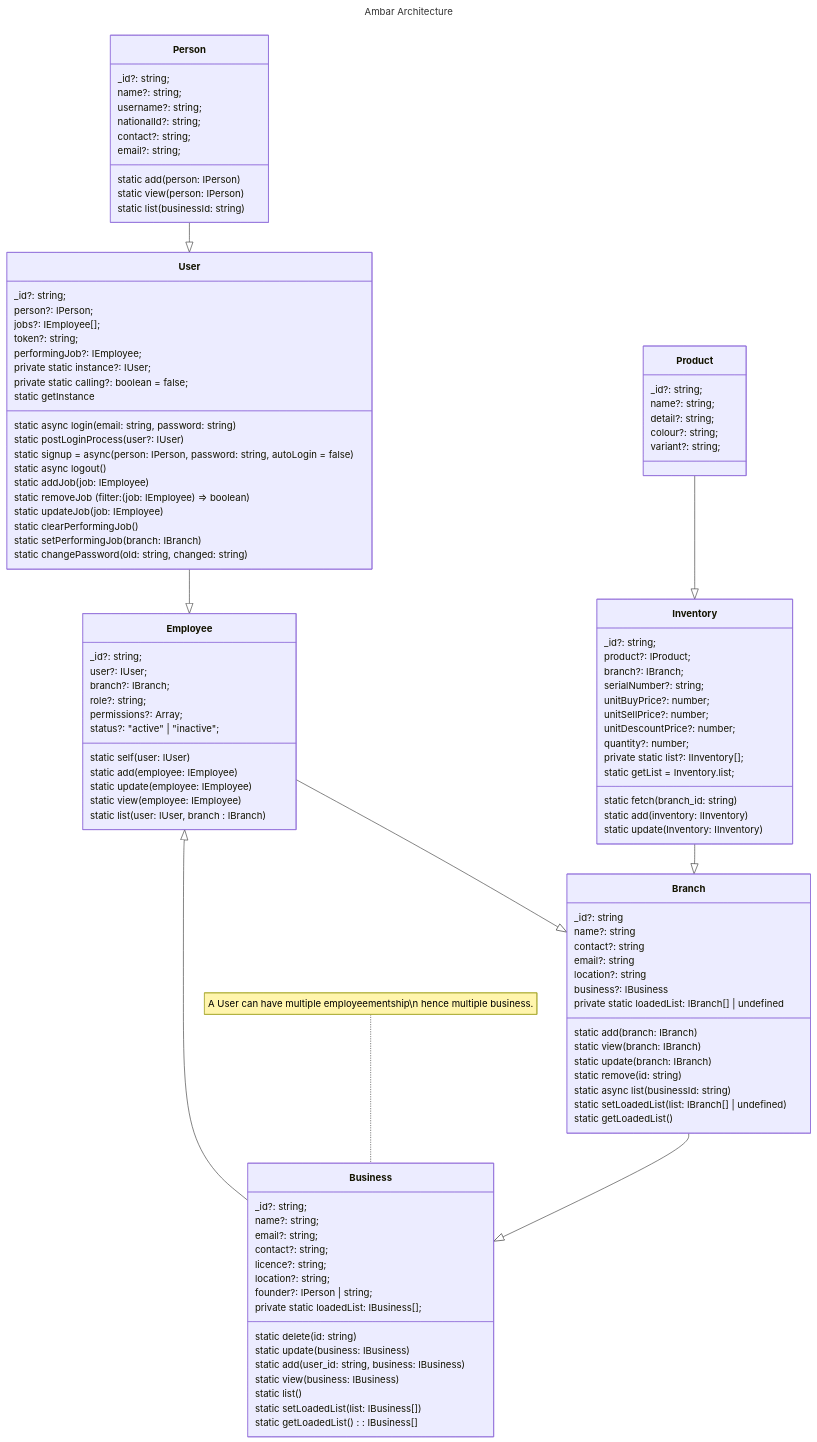
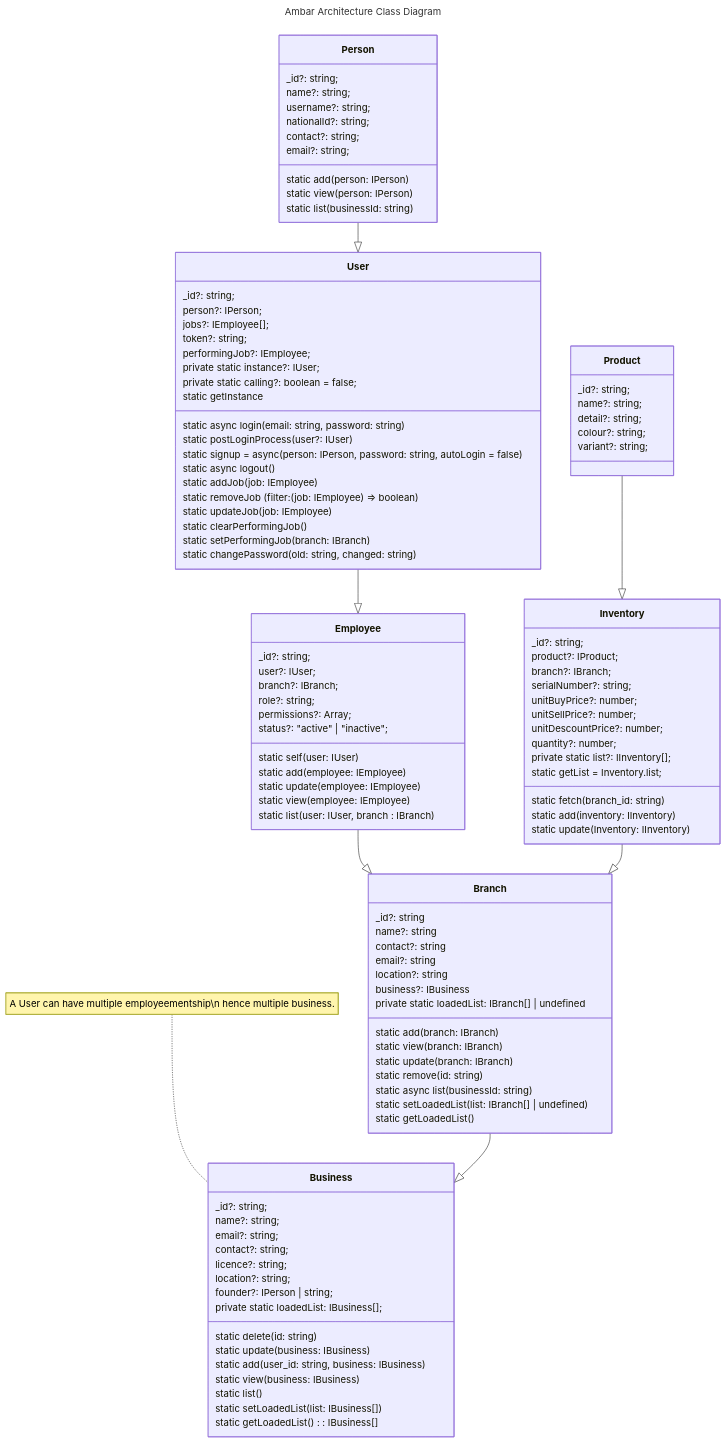
Before and after one commit to abdulroufsidhu/ambaar_frontend_repo: the first of 2 diagrams in src/shared/models/readme.md, drawn with Mermaid. The commit also changed other lines of this file, not shown here.

Commit message:
ER Diagram attached

````diff
--- a/src/shared/models/readme.md
+++ b/src/shared/models/readme.md
@@ -15,6 +15,6 @@
 ```mermaid
 ---
-title: Ambar Architecture
+title: Ambar Architecture Class Diagram
 ---
 classDiagram 
 
@@ -138,7 +138,6 @@
   Branch --|> Business
   Product --|> Inventory
   Inventory --|> Branch
-  Business --|> Employee
 
   note for Business "A User can have multiple employeementship\n hence multiple business."
 
````
